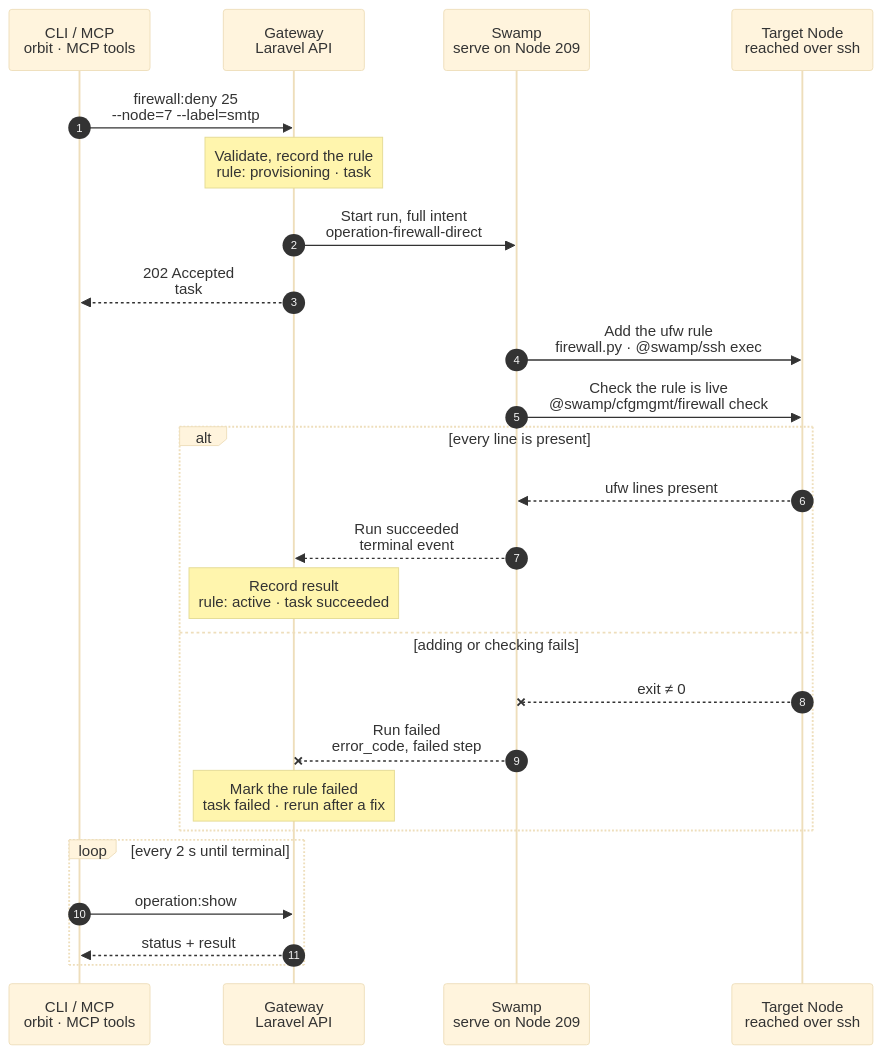
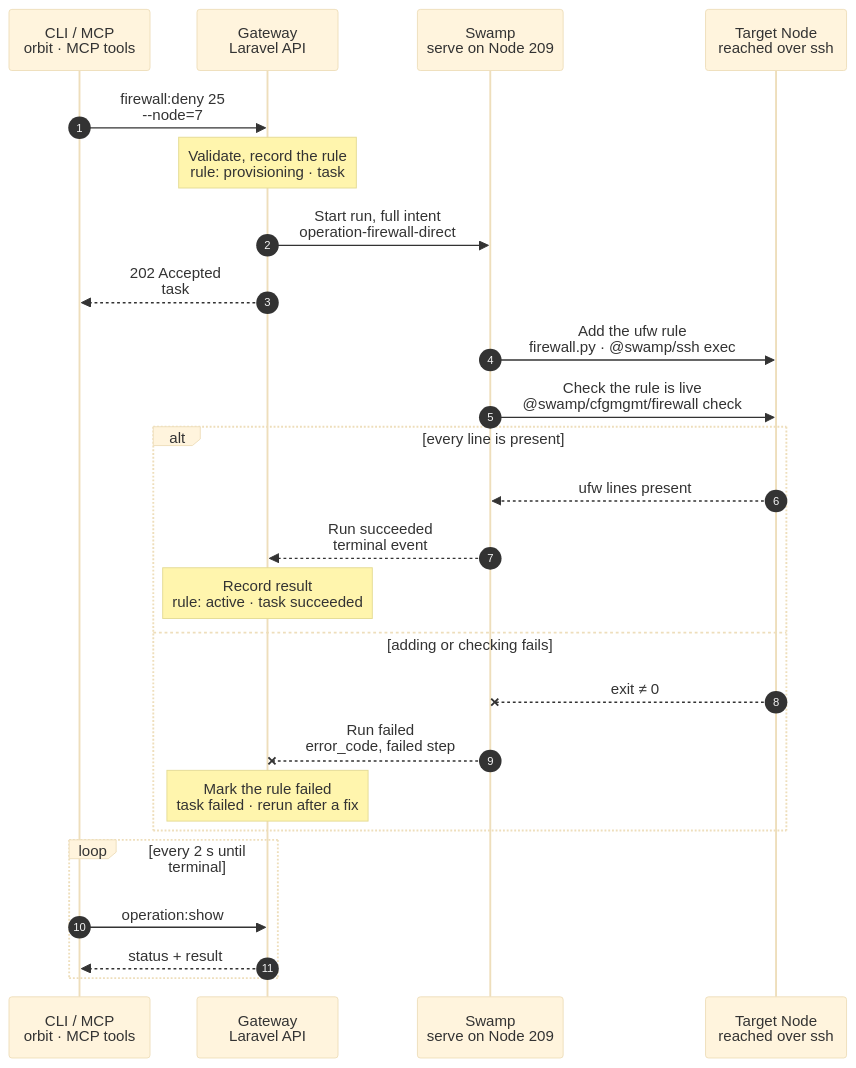
Before and after one commit to hardimpactdev/orbit: the diagram in docs/cli/firewall/deny.mmd, drawn with Mermaid (base theme). The commit also changed 7 other files, not shown here.

Commit message:
docs(env,firewall,doctor,github): draw required parameters on the main path (flow rule 23)

```diff
--- a/docs/cli/firewall/deny.mmd
+++ b/docs/cli/firewall/deny.mmd
@@ -1,110 +1,110 @@
 sequenceDiagram
   %% Target design: ADR 0244 task, ADR 0241 allowlists, DECISIONS R1-R4 + 5 (process.stop shape, shared SSH identity).
   %% Tightened: flow-tighten 2026-11-02, rule 22 (firewall.py is the one named gap: cfgmgmt firewall has no insert position).
   %% status: reviewed
   %% command: firewall:deny
   %% kind: firewall.deny
   autonumber
   %% lane CLI icon=terminal pill=caller tone=gray
   %% lane GW icon=gateway pill=intent tone=blue
   %% lane SW icon=workflow pill=executes tone=green
   %% lane N icon=server pill=target tone=amber
   participant CLI as CLI / MCP<br/>orbit · MCP tools
   participant GW as Gateway<br/>Laravel API
   participant SW as Swamp<br/>serve on Node 209
   participant N as Target Node<br/>reached over ssh
-  CLI->>GW: firewall:deny 25<br/>--node=7 --label=smtp
+  CLI->>GW: firewall:deny 25<br/>--node=7
   %%> Command:
-  %%> - `orbit firewall:deny 25 --node=7 --label=smtp`
+  %%> - `orbit firewall:deny 25 --node=7`
   %%> - syntax: `<port> --node=ID [--from=SOURCE] [--protocol=tcp|udp] [--label=TEXT]`
   %%> Input:
   %%> - the port as the argument: a number such as `25`, or a range such as `8000:8100`
   %%> - the Node, and optionally the source address and the protocol
   %%> - optionally a label or short description, for example `smtp`
   %%> Not accepted:
   %%> - service names such as `smtp` as the port
   %%> Who can call it:
   %%> - the `orbit` CLI and the MCP tool send the same request
   Note over GW: Validate, record the rule<br/>rule: provisioning · task #5132
   %%> Requirements:
   %%> - your Node has an access grant to Node 7
   %%> - Node 7 is an active Linux Node
   %%> - the port and source are valid
   %%> - Node 7 has no rule yet for the same port, protocol and source
   %%> - no opposite rule for the same port, protocol and source; an allow and a deny for exactly the same scope is refused (`firewall.rule_conflict`)
   %%> Allowed:
   %%> - overlapping rules with a different scope, for example deny `5432` from anywhere plus allow `5432` from one IP
   %%> - the port is not protected: SSH (22 and the recovery port), the WireGuard port, and the ports Orbit's own roles need can't be denied, so you can't cut a Node off
   %%> - no allow rule on Node 7 uses the same port, protocol and source
   %%> - no other firewall change runs on Node 7; the Gateway holds one lock per Node
   %%> Result:
   %%> - the rule for port 25 recorded with status provisioning
   %%> - task #5132 recorded with the full intent
   %%> - nothing has happened on the Node yet
   GW->>SW: Start run, full intent<br/>operation-firewall-direct
   %%> What it does:
   %%> - starts one Swamp run on serve (Node 209)
   %%> Inputs:
   %%> - the rule as exact ufw lines: port, protocol, source, direction
   %%> - Node 7's address and SSH host keys; the SSH identity comes from the `swamp` role
   GW-->>CLI: 202 Accepted<br/>task #5132
   %%> What you get:
   %%> - the task number, at once
   %%> Next:
   %%> - the CLI follows the task with `operation:show`
   SW->>N: Add the ufw rule<br/>firewall.py · @swamp/ssh exec
   %%> How:
   %%> - Swamp reaches Node 7 over SSH from 209
   %%> - `firewall.py` is sent as one `python3 -I -c` argument; nothing is copied to the Node
   %%> Why a script:
   %%> - the one named gap: `@swamp/cfgmgmt/firewall` cannot insert a rule at a position, and ufw stops at the first match
   %%> What it does:
   %%> - adds one ufw deny line per port and protocol, commented with its label
   %%> Order:
   %%> - narrower rules go above broader ones, allow or deny, so an exception such as one IP wins over a rule for anywhere
   %%> - ufw stops at the first match, so Orbit sets this order on every change
   %%> - all operator rules sit above Orbit's own broad rules, such as WireGuard peer trust, so a deny on a port also applies to WireGuard peers
   %%> - an existing identical line is left as it is
   %%> - reads ufw back after the insert and exits non-zero when the order is wrong
   SW->>N: Check the rule is live<br/>@swamp/cfgmgmt/firewall check
   %%> What it does:
   %%> - reads ufw back and checks every expected line is present
   %%> - the order (narrower above broader) is read back by `firewall.py` in the step before
   %%> Why:
   %%> - the rule only counts as active when ufw shows it
   alt every line is present
     N-->>SW: ufw lines present
     %%> Returns:
     %%> - the check passed for every line
     SW-->>GW: Run succeeded<br/>terminal event
     %%> How the Gateway learns it:
     %%> - its shared run reader sees the terminal event; Swamp never calls the Gateway
     Note over GW: Record result<br/>rule: active · task succeeded
     %%> Result:
     %%> - the rule for port 25 becomes active
     %%> - task #5132 succeeds
   else adding or checking fails
     N--xSW: exit ≠ 0
     %%> When:
     %%> - ufw refuses the line, SSH fails, or a line is missing after the add
     SW--xGW: Run failed<br/>error_code, failed step
     %%> The Gateway reads:
     %%> - which step failed and its error code
     Note over GW: Mark the rule failed<br/>task failed · rerun after a fix
     %%> Result:
     %%> - the rule for port 25 is marked failed, so you can see it
     %%> - task #5132 fails
     %%> On the Node:
     %%> - lines added before the failure stay; there is no rollback
     %%> - that is safe: the rule is marked failed, and a rerun skips lines that already exist
     %%> Retry:
     %%> - run the same command again after fixing the cause; it is a new task
   end
   loop every 2 s until terminal
     CLI->>GW: operation:show #5132
     %%> What it does:
     %%> - asks for the task's status every 2 seconds until it has ended
     GW-->>CLI: status + result
     %%> Returns:
     %%> - the current status, and the result once the task has ended
   end
```
